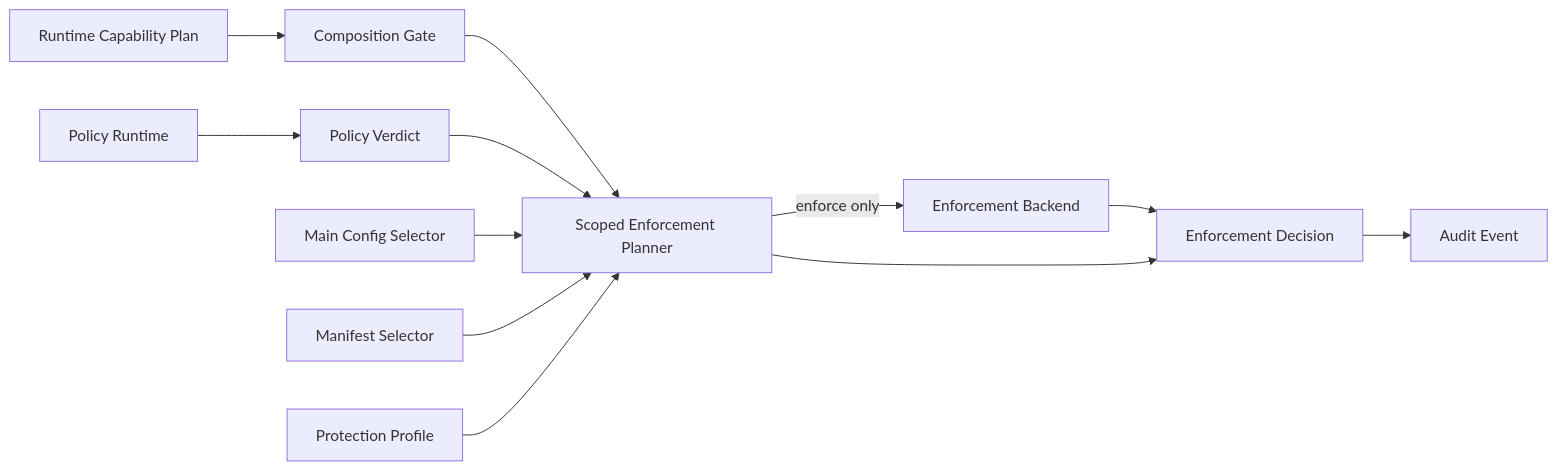
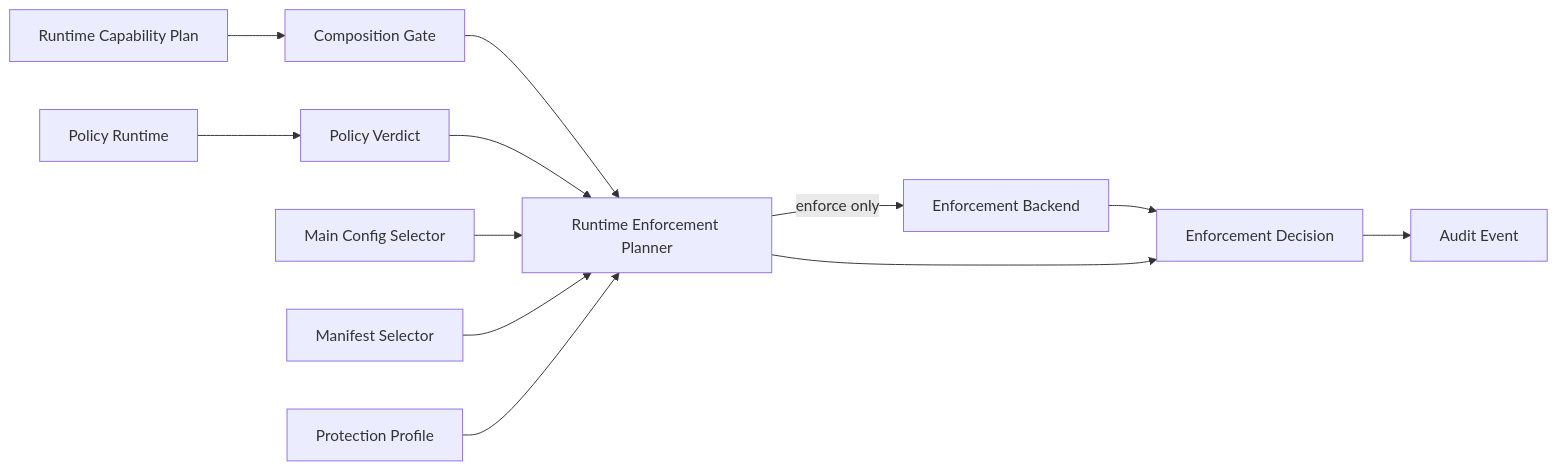
Before and after one commit to M4n5ter/probe: the fifth of 7 diagrams in docs/design.md, drawn with Mermaid. The commit also changed other lines of this file and 19 other files, not shown here.

````diff
--- a/docs/design.md
+++ b/docs/design.md
@@ -778,14 +785,14 @@
 ```mermaid
 flowchart LR
     PolicyRuntime[Policy Runtime] --> PolicyVerdict[Policy Verdict]
     RuntimeCaps[Runtime Capability Plan] --> CompositionGate[Composition Gate]
-    CompositionGate --> Planner[Scoped Enforcement Planner]
+    CompositionGate --> Planner[Runtime Enforcement Planner]
     PolicyVerdict --> Planner
     MainSelector[Main Config Selector] --> Planner
     ManifestSelector[Manifest Selector] --> Planner
     ProtectionProfile[Protection Profile] --> Planner
     Planner -- enforce only --> Backend[Enforcement Backend]
     Backend --> Decision
     Planner --> Decision[Enforcement Decision]
     Decision --> Audit[Audit Event]
 ```
````
